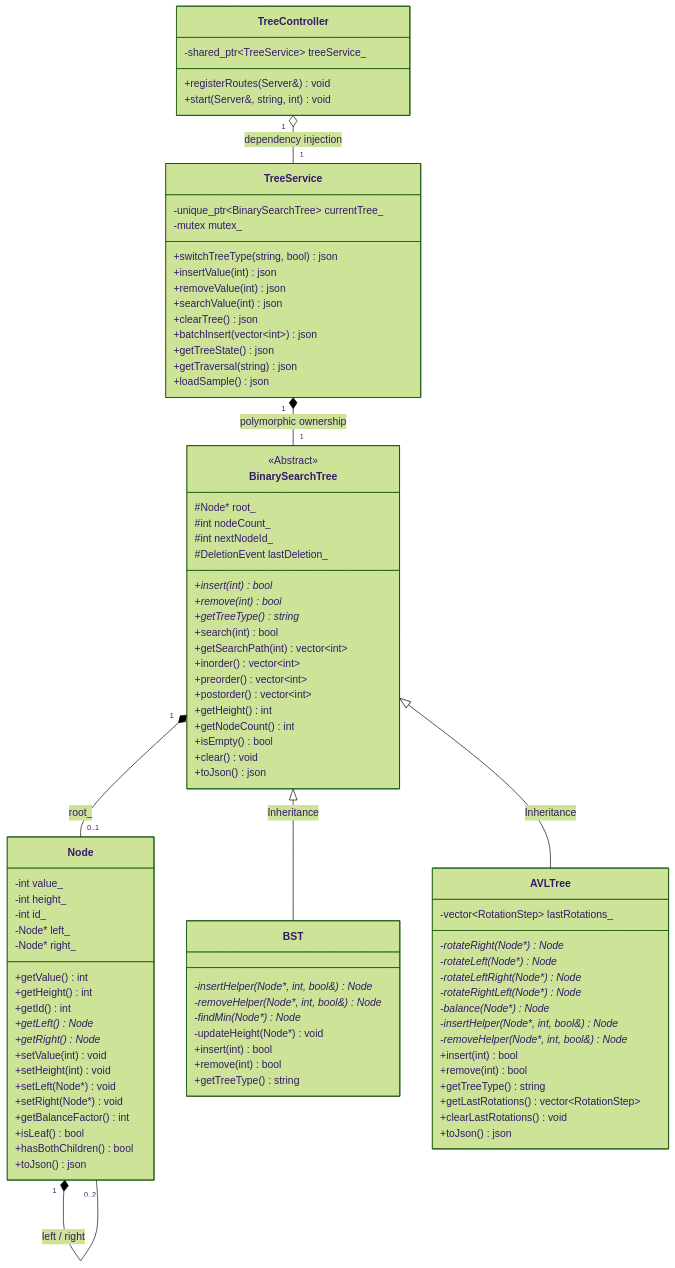
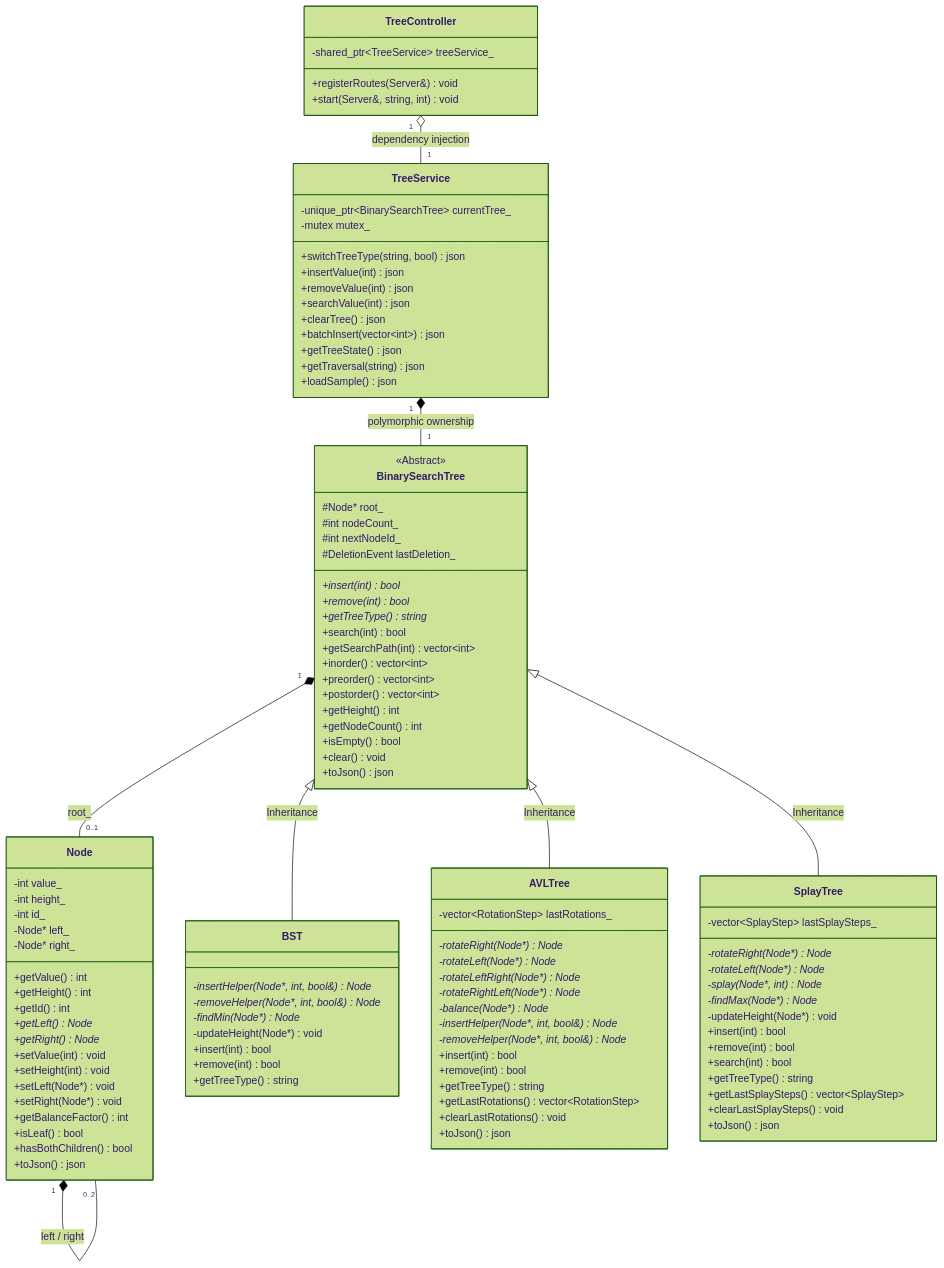
Before and after one commit to Nodal-leaf/Binary-Tree-Visualizer: the diagram in README.md, drawn with Mermaid (forest theme). The commit also changed other lines of this file and 10 other files, not shown here.

Commit message:
feat: add Splay Tree with all rotation cases and smooth dynamic animations

````diff
--- a/README.md
+++ b/README.md
@@ -85,6 +85,22 @@
         +toJson() json
     }
 
+    class SplayTree {
+        -vector~SplayStep~ lastSplaySteps_
+        -rotateRight(Node*) Node*
+        -rotateLeft(Node*) Node*
+        -splay(Node*, int) Node*
+        -findMax(Node*) Node*
+        -updateHeight(Node*) void
+        +insert(int) bool
+        +remove(int) bool
+        +search(int) bool
+        +getTreeType() string
+        +getLastSplaySteps() vector~SplayStep~
+        +clearLastSplaySteps() void
+        +toJson() json
+    }
+
     class TreeService {
         -unique_ptr~BinarySearchTree~ currentTree_
         -mutex mutex_
@@ -109,6 +125,7 @@
     BinarySearchTree "1" *-- "0..1" Node : root_
     BinarySearchTree <|-- BST : Inheritance
     BinarySearchTree <|-- AVLTree : Inheritance
+    BinarySearchTree <|-- SplayTree : Inheritance
     TreeService "1" *-- "1" BinarySearchTree : polymorphic ownership
     TreeController "1" o-- "1" TreeService : dependency injection
 ```
````
